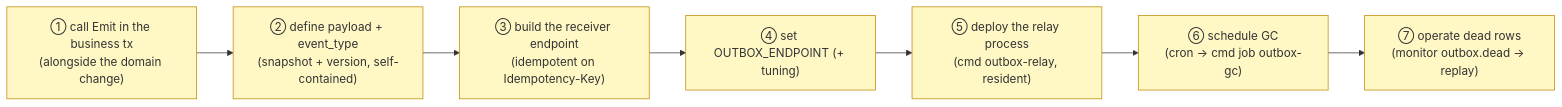
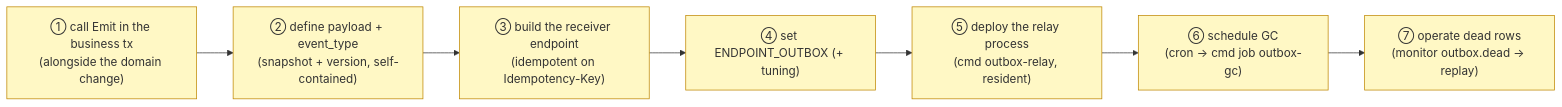
Before and after one commit to Tomy-ch/go-boilerplate: the fifth of 5 diagrams in docs/design/outbox.md, drawn with Mermaid. The commit also changed other lines of this file and 73 other files, not shown here.

````diff
--- a/docs/design/outbox.md
+++ b/docs/design/outbox.md
@@ -228,12 +228,12 @@
 ```mermaid
 flowchart LR
     EM["① call Emit in the business tx<br/>(alongside the domain change)"]:::need
     PL["② define payload + event_type<br/>(snapshot + version, self-contained)"]:::need
     RC["③ build the receiver endpoint<br/>(idempotent on Idempotency-Key)"]:::need
-    CF["④ set OUTBOX_ENDPOINT (+ tuning)"]:::need
+    CF["④ set ENDPOINT_OUTBOX (+ tuning)"]:::need
     DP["⑤ deploy the relay process<br/>(cmd outbox-relay, resident)"]:::need
     GC["⑥ schedule GC<br/>(cron → cmd job outbox-gc)"]:::need
     OP["⑦ operate dead rows<br/>(monitor outbox.dead → replay)"]:::need
     EM --> PL --> RC --> CF --> DP --> GC --> OP
     classDef need fill:#fff8c5,stroke:#bf8700;
 ```
````
